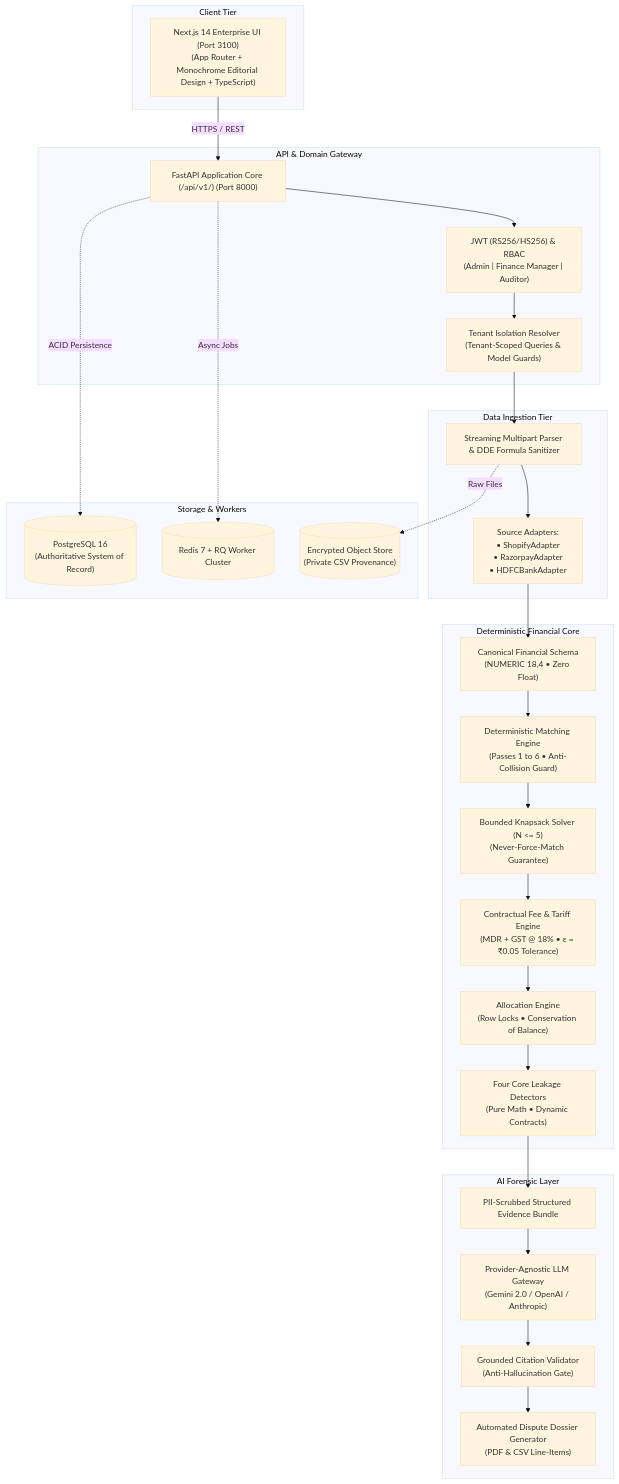
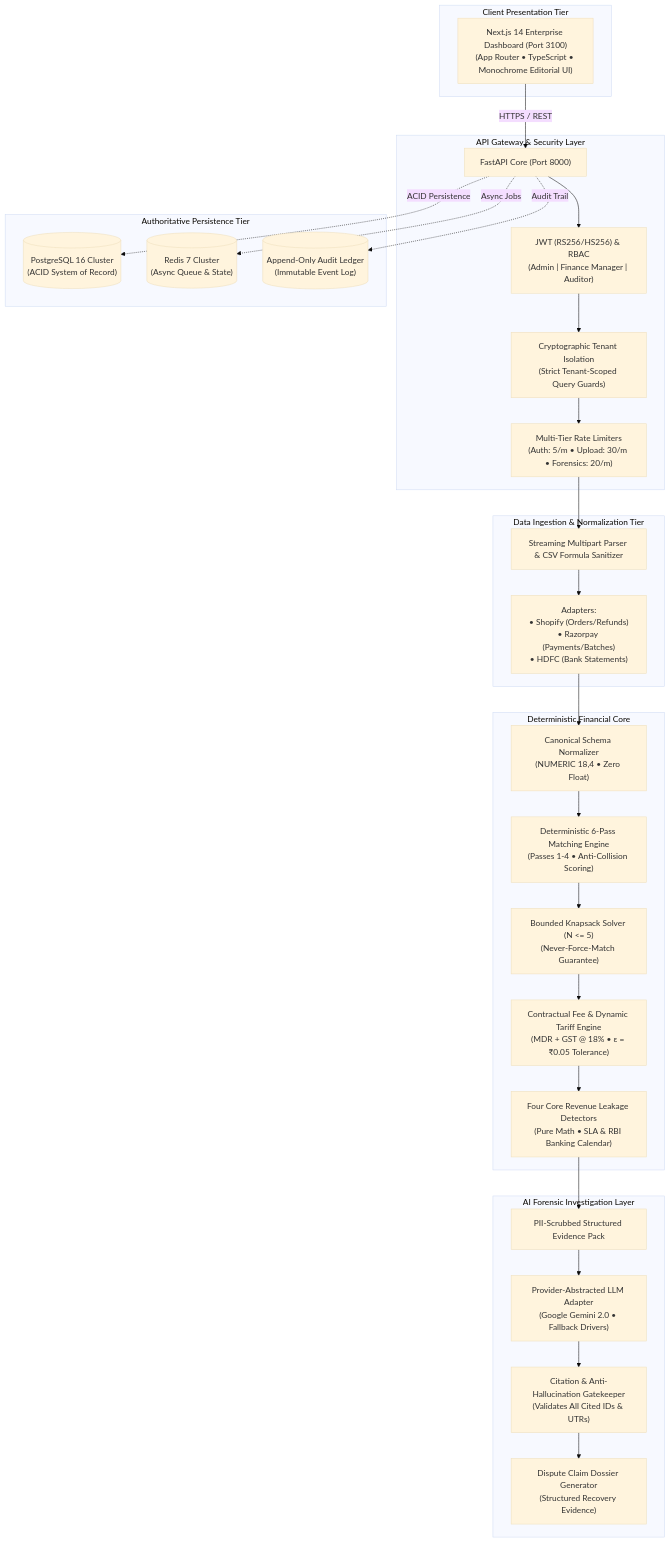
Before and after one commit to kit29-25bad095/Finwise: the diagram in README.md, drawn with Mermaid (base theme). The commit also changed other lines of this file and 15 other files, not shown here.

````diff
--- a/README.md
+++ b/README.md
@@ -73,50 +74,49 @@
 ```mermaid
 flowchart TD
-    subgraph Client Tier
-        UI["Next.js 14 Enterprise UI (Port 3100)\n(App Router + Monochrome Editorial Design + TypeScript)"]
+    subgraph Client Tier ["Client Presentation Tier"]
+        UI["Next.js 14 Enterprise Dashboard (Port 3100)\n(App Router • TypeScript • Monochrome Editorial UI)"]
     end
 
-    subgraph API & Domain Gateway
-        API["FastAPI Application Core (/api/v1/) (Port 8000)"]
+    subgraph Security & Gateway ["API Gateway & Security Layer"]
+        API["FastAPI Core (Port 8000)"]
         AUTH["JWT (RS256/HS256) & RBAC\n(Admin | Finance Manager | Auditor)"]
-        TENANT["Tenant Isolation Resolver\n(Tenant-Scoped Queries & Model Guards)"]
+        TENANT["Cryptographic Tenant Isolation\n(Strict Tenant-Scoped Query Guards)"]
+        RATELIMIT["Multi-Tier Rate Limiters\n(Auth: 5/m • Upload: 30/m • Forensics: 20/m)"]
     end
 
-    subgraph Data Ingestion Tier
-        INGEST["Streaming Multipart Parser & DDE Formula Sanitizer"]
-        ADAPT["Source Adapters:\n• ShopifyAdapter\n• RazorpayAdapter\n• HDFCBankAdapter"]
+    subgraph Data Ingestion ["Data Ingestion & Normalization Tier"]
+        INGEST["Streaming Multipart Parser & CSV Formula Sanitizer"]
+        ADAPT["Adapters:\n• Shopify (Orders/Refunds)\n• Razorpay (Payments/Batches)\n• HDFC (Bank Statements)"]
     end
 
-    subgraph Deterministic Financial Core
-        CANONICAL["Canonical Financial Schema\n(NUMERIC 18,4 • Zero Float)"]
-        RECON["Deterministic Matching Engine\n(Passes 1 to 6 • Anti-Collision Guard)"]
+    subgraph Financial Core ["Deterministic Financial Core"]
+        CANONICAL["Canonical Schema Normalizer\n(NUMERIC 18,4 • Zero Float)"]
+        RECON["Deterministic 6-Pass Matching Engine\n(Passes 1-4 • Anti-Collision Scoring)"]
         KNAPSACK["Bounded Knapsack Solver (N <= 5)\n(Never-Force-Match Guarantee)"]
-        FEE["Contractual Fee & Tariff Engine\n(MDR + GST @ 18% • ε = ₹0.05 Tolerance)"]
-        ALLOC["Allocation Engine\n(Row Locks • Conservation of Balance)"]
-        DETECTORS["Four Core Leakage Detectors\n(Pure Math • Dynamic Contracts)"]
+        FEE["Contractual Fee & Dynamic Tariff Engine\n(MDR + GST @ 18% • ε = ₹0.05 Tolerance)"]
+        DETECTORS["Four Core Revenue Leakage Detectors\n(Pure Math • SLA & RBI Banking Calendar)"]
     end
 
-    subgraph Storage & Workers
-        DB[("PostgreSQL 16\n(Authoritative System of Record)")]
-        REDIS[("Redis 7 + RQ Worker Cluster")]
-        S3[("Encrypted Object Store\n(Private CSV Provenance)")]
+    subgraph AI Forensic ["AI Forensic Investigation Layer"]
+        BUNDLE["PII-Scrubbed Structured Evidence Pack"]
+        AI["Provider-Abstracted LLM Adapter\n(Google Gemini 2.0 • Fallback Drivers)"]
+        VAL["Citation & Anti-Hallucination Gatekeeper\n(Validates All Cited IDs & UTRs)"]
+        CLAIM["Dispute Claim Dossier Generator\n(Structured Recovery Evidence)"]
     end
 
-    subgraph AI Forensic Layer
-        BUNDLE["PII-Scrubbed Structured Evidence Bundle"]
-        AI["Provider-Agnostic LLM Gateway\n(Gemini 2.0 / OpenAI / Anthropic)"]
-        VAL["Grounded Citation Validator\n(Anti-Hallucination Gate)"]
-        CLAIM["Automated Dispute Dossier Generator\n(PDF & CSV Line-Items)"]
+    subgraph Storage Tier ["Authoritative Persistence Tier"]
+        DB[("PostgreSQL 16 Cluster\n(ACID System of Record)")]
+        REDIS[("Redis 7 Cluster\n(Async Queue & State)")]
+        AUDIT[("Append-Only Audit Ledger\n(Immutable Event Log)")]
     end
 
     UI -->|HTTPS / REST| API
-    API --> AUTH --> TENANT
-    TENANT --> INGEST --> ADAPT --> CANONICAL
-    CANONICAL --> RECON --> KNAPSACK --> FEE --> ALLOC
-    ALLOC --> DETECTORS
+    API --> AUTH --> TENANT --> RATELIMIT
+    RATELIMIT --> INGEST --> ADAPT --> CANONICAL
+    CANONICAL --> RECON --> KNAPSACK --> FEE --> DETECTORS
     DETECTORS --> BUNDLE --> AI --> VAL --> CLAIM
 
     API -.->|Async Jobs| REDIS
     API -.->|ACID Persistence| DB
-    INGEST -.->|Raw Files| S3
+    API -.->|Audit Trail| AUDIT
 ```
````
